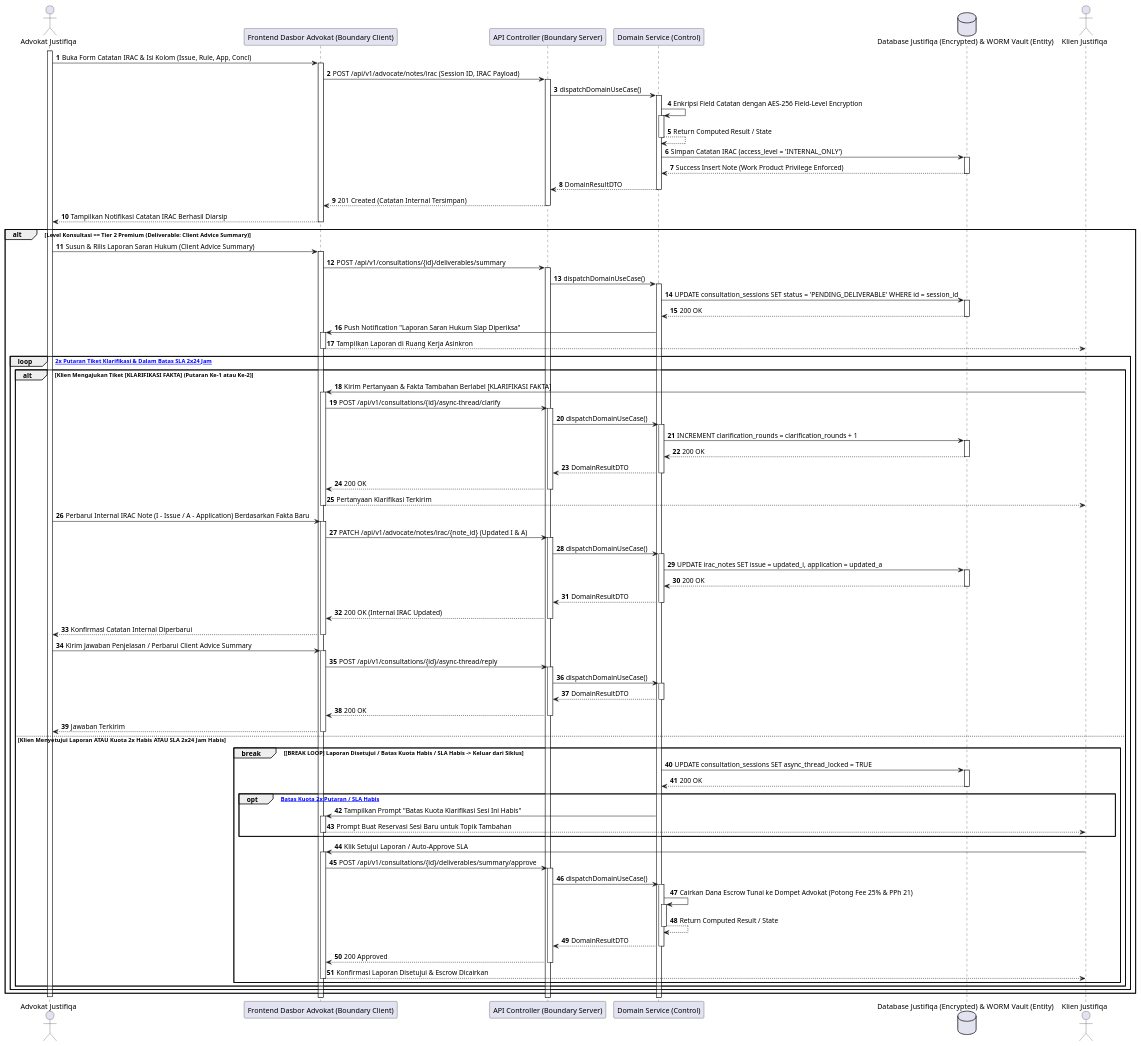
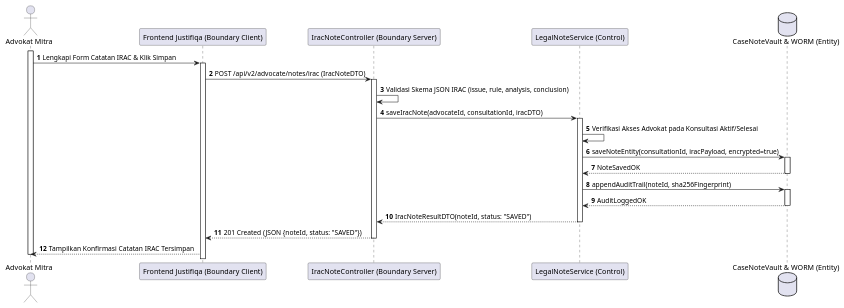
Before and after one commit to tupperwureism/SuperApp-Gagal: the eighth of 28 diagrams in MarkDown/plantuml_sequence_diagrams.md, drawn with PlantUML. The commit also changed other lines of this file and 1 other file, not shown here.

Commit message:
fix(sequence-diagrams): regenerate all 28 Sequence Diagrams with deterministic hand-crafted 5-Lifeline BCE flows

````diff
--- a/MarkDown/plantuml_sequence_diagrams.md
+++ b/MarkDown/plantuml_sequence_diagrams.md
@@ -467,89 +354,25 @@
 ```plantuml
 @startuml
 autonumber
-actor "Advokat Justifiqa" as Mitra
-participant "Frontend Dasbor Advokat (Boundary Client)" as B_FE
-participant "API Controller (Boundary Server)" as B_BE
-participant "Domain Service (Control)" as C_Svc
-participant "Backend Independen Justifiqa" as C_Svc
-database "Database Justifiqa (Encrypted) & WORM Vault (Entity)" as E_DB
-actor "Klien Justifiqa" as Klien
+actor "Advokat Mitra" as User
+participant "Frontend Justifiqa (Boundary Client)" as B_FE
+participant "IracNoteController (Boundary Server)" as B_BE
+participant "LegalNoteService (Control)" as C_Svc
+database "CaseNoteVault & WORM (Entity)" as E_DB
 
-activate Mitra
-Mitra -> B_FE ++ : Buka Form Catatan IRAC & Isi Kolom (Issue, Rule, App, Concl)
-B_FE -> B_BE ++ : POST /api/v1/advocate/notes/irac (Session ID, IRAC Payload)
-    B_BE -> C_Svc ++ : dispatchDomainUseCase()
-C_Svc -> C_Svc ++ : Enkripsi Field Catatan dengan AES-256 Field-Level Encryption
-C_Svc --> C_Svc -- : Return Computed Result / State
-C_Svc -> E_DB ++ : Simpan Catatan IRAC (access_level = 'INTERNAL_ONLY')
-E_DB --> C_Svc -- : Success Insert Note (Work Product Privilege Enforced)
-C_Svc --> B_BE -- : DomainResultDTO
-    B_BE --> B_FE -- : 201 Created (Catatan Internal Tersimpan)
-B_FE --> Mitra : Tampilkan Notifikasi Catatan IRAC Berhasil Diarsip
-deactivate B_FE
-
-alt Level Konsultasi == Tier 2 Premium (Deliverable: Client Advice Summary)
-    Mitra -> B_FE ++ : Susun & Rilis Laporan Saran Hukum (Client Advice Summary)
-    B_FE -> B_BE ++ : POST /api/v1/consultations/{id}/deliverables/summary
-    B_BE -> C_Svc ++ : dispatchDomainUseCase()
-    C_Svc -> E_DB ++ : UPDATE consultation_sessions SET status = 'PENDING_DELIVERABLE' WHERE id = session_id
-    E_DB --> C_Svc -- : 200 OK
-    C_Svc -> B_FE ++ : Push Notification "Laporan Saran Hukum Siap Diperiksa"
-    B_FE --> Klien : Tampilkan Laporan di Ruang Kerja Asinkron
-    deactivate B_FE
-
-    loop [Maksimal 2x Putaran Tiket Klarifikasi & Dalam Batas SLA 2x24 Jam]
-        alt Klien Mengajukan Tiket [KLARIFIKASI FAKTA] (Putaran Ke-1 atau Ke-2)
-            Klien -> B_FE ++ : Kirim Pertanyaan & Fakta Tambahan Berlabel [KLARIFIKASI FAKTA]
-            B_FE -> B_BE ++ : POST /api/v1/consultations/{id}/async-thread/clarify
-    B_BE -> C_Svc ++ : dispatchDomainUseCase()
-            C_Svc -> E_DB ++ : INCREMENT clarification_rounds = clarification_rounds + 1
-            E_DB --> C_Svc -- : 200 OK
-            C_Svc --> B_BE -- : DomainResultDTO
-    B_BE --> B_FE -- : 200 OK
-            B_FE --> Klien : Pertanyaan Klarifikasi Terkirim
-            deactivate B_FE
-            
-            Mitra -> B_FE ++ : Perbarui Internal IRAC Note (I - Issue / A - Application) Berdasarkan Fakta Baru
-            B_FE -> B_BE ++ : PATCH /api/v1/advocate/notes/irac/{note_id} (Updated I & A)
-    B_BE -> C_Svc ++ : dispatchDomainUseCase()
-            C_Svc -> E_DB ++ : UPDATE irac_notes SET issue = updated_i, application = updated_a
-            E_DB --> C_Svc -- : 200 OK
-            C_Svc --> B_BE -- : DomainResultDTO
-    B_BE --> B_FE -- : 200 OK (Internal IRAC Updated)
-            B_FE --> Mitra : Konfirmasi Catatan Internal Diperbarui
-            deactivate B_FE
-            
-            Mitra -> B_FE ++ : Kirim Jawaban Penjelasan / Perbarui Client Advice Summary
-            B_FE -> B_BE ++ : POST /api/v1/consultations/{id}/async-thread/reply
-    B_BE -> C_Svc ++ : dispatchDomainUseCase()
-            C_Svc --> B_BE -- : DomainResultDTO
-    B_BE --> B_FE -- : 200 OK
-            B_FE --> Mitra : Jawaban Terkirim
-            deactivate B_FE
-        else Klien Menyetujui Laporan ATAU Kuota 2x Habis ATAU SLA 2x24 Jam Habis
-            break [BREAK LOOP] Laporan Disetujui / Batas Kuota Habis / SLA Habis -> Keluar dari Siklus
-                C_Svc -> E_DB ++ : UPDATE consultation_sessions SET async_thread_locked = TRUE
-                E_DB --> C_Svc -- : 200 OK
-                opt [Jika Batas Kuota 2x Putaran / SLA Habis]
-                    C_Svc -> B_FE ++ : Tampilkan Prompt "Batas Kuota Klarifikasi Sesi Ini Habis"
-                    B_FE --> Klien : Prompt Buat Reservasi Sesi Baru untuk Topik Tambahan
-                    deactivate B_FE
-                end
-                Klien -> B_FE ++ : Klik Setujui Laporan / Auto-Approve SLA
-                B_FE -> B_BE ++ : POST /api/v1/consultations/{id}/deliverables/summary/approve
-    B_BE -> C_Svc ++ : dispatchDomainUseCase()
-                C_Svc -> C_Svc ++ : Cairkan Dana Escrow Tunai ke Dompet Advokat (Potong Fee 25% & PPh 21)
-                C_Svc --> C_Svc -- : Return Computed Result / State
-                C_Svc --> B_BE -- : DomainResultDTO
-    B_BE --> B_FE -- : 200 Approved
-                B_FE --> Klien : Konfirmasi Laporan Disetujui & Escrow Dicairkan
-                deactivate B_FE
-            end
-        end
-    end
-end
-
-deactivate Mitra
+activate User
+User -> B_FE ++ : Lengkapi Form Catatan IRAC & Klik Simpan
+B_FE -> B_BE ++ : POST /api/v2/advocate/notes/irac (IracNoteDTO)
+B_BE -> B_BE : Validasi Skema JSON IRAC (issue, rule, analysis, conclusion)
+B_BE -> C_Svc ++ : saveIracNote(advocateId, consultationId, iracDTO)
+C_Svc -> C_Svc : Verifikasi Akses Advokat pada Konsultasi Aktif/Selesai
+C_Svc -> E_DB ++ : saveNoteEntity(consultationId, iracPayload, encrypted=true)
+E_DB --> C_Svc -- : NoteSavedOK
+C_Svc -> E_DB ++ : appendAuditTrail(noteId, sha256Fingerprint)
+E_DB --> C_Svc -- : AuditLoggedOK
+C_Svc --> B_BE -- : IracNoteResultDTO(noteId, status: "SAVED")
+B_BE --> B_FE -- : 201 Created (JSON {noteId, status: "SAVED"})
+B_FE --> User : Tampilkan Konfirmasi Catatan IRAC Tersimpan
+deactivate User
 @enduml
 ```
````
